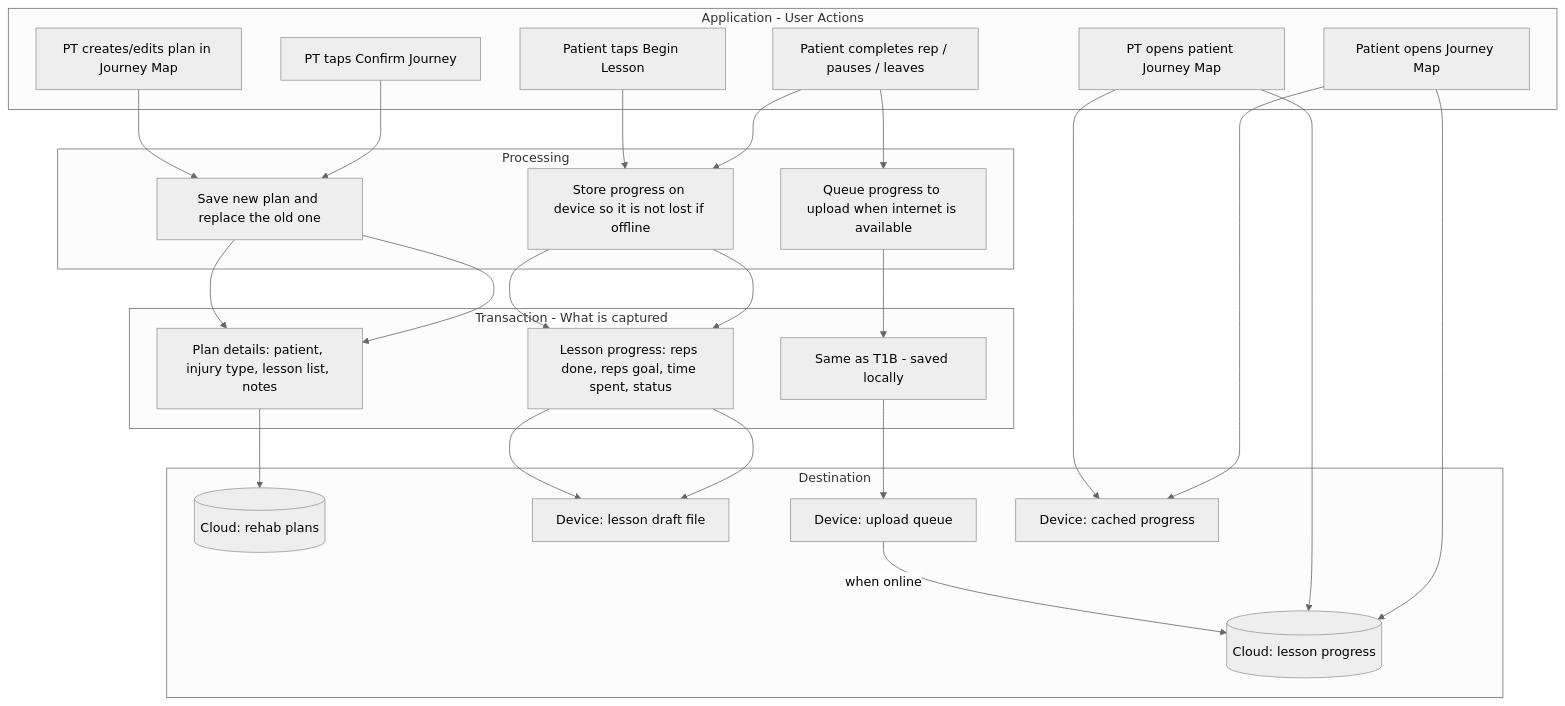
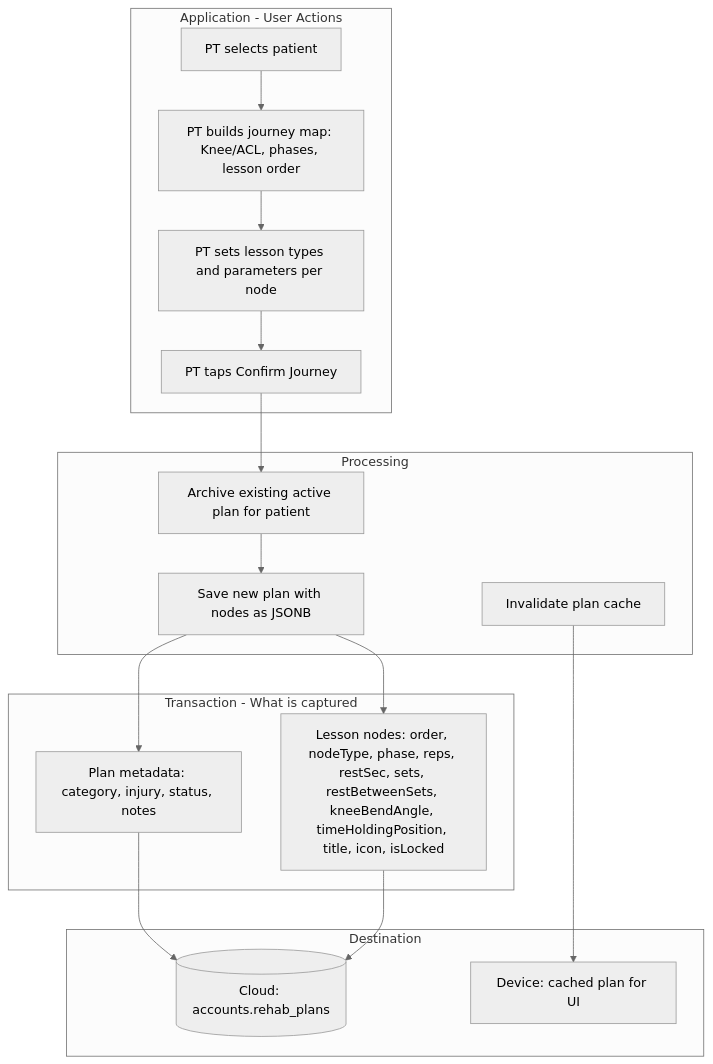
Before and after one commit to seanja5/realrehab-mvp: the first of 6 diagrams in docs/DATA_FLOW.md, drawn with Mermaid (neutral theme). The commit also changed other lines of this file and 1 other file, not shown here.

Commit message:
Add calibration, reassessment, and range gained to Lesson Engine module in data flow docs

````diff
--- a/docs/DATA_FLOW.md
+++ b/docs/DATA_FLOW.md
@@ -116,42 +123,32 @@
 ```mermaid
 flowchart TB
-    subgraph app1 [Application - User Actions]
-        A1A[PT creates/edits plan in Journey Map]
-        A1B[PT taps Confirm Journey]
-        A1C[Patient taps Begin Lesson]
-        A1D[Patient completes rep / pauses / leaves]
-        A1E[PT opens patient Journey Map]
-        A1F[Patient opens Journey Map]
+    subgraph appB [Application - User Actions]
+        AB1[PT selects patient]
+        AB2[PT builds journey map: Knee/ACL, phases, lesson order]
+        AB3[PT sets lesson types and parameters per node]
+        AB4[PT taps Confirm Journey]
     end
 
-    subgraph proc1 [Processing]
-        P1A[Save new plan and replace the old one]
-        P1B[Store progress on device so it is not lost if offline]
-        P1C[Queue progress to upload when internet is available]
+    subgraph procB [Processing]
+        PB1[Archive existing active plan for patient]
+        PB2[Save new plan with nodes as JSONB]
+        PB3[Invalidate plan cache]
     end
 
-    subgraph tx1 [Transaction - What is captured]
-        T1A[Plan details: patient, injury type, lesson list, notes]
-        T1B[Lesson progress: reps done, reps goal, time spent, status]
-        T1C[Same as T1B - saved locally]
+    subgraph txB [Transaction - What is captured]
+        TB1[Plan metadata: category, injury, status, notes]
+        TB2[Lesson nodes: order, nodeType, phase, reps, restSec, sets, restBetweenSets, kneeBendAngle, timeHoldingPosition, title, icon, isLocked]
     end
 
-    subgraph dest1 [Destination]
-        D1A[(Cloud: rehab plans)]
-        D1B[(Cloud: lesson progress)]
-        D1C[Device: lesson draft file]
-        D1D[Device: upload queue]
-        D1E[Device: cached progress]
+    subgraph destB [Destination]
+        DB1[(Cloud: accounts.rehab_plans)]
+        DB2[Device: cached plan for UI]
     end
 
-    A1A --> P1A --> T1A
-    A1B --> P1A --> T1A --> D1A
-    A1C --> P1B --> T1B --> D1C
-    A1D --> P1B --> T1B --> D1C
-    A1D --> P1C --> T1C --> D1D
-    D1D -->|when online| D1B
-    A1E --> D1B
-    A1E --> D1E
-    A1F --> D1B
-    A1F --> D1E
+    AB1 --> AB2 --> AB3 --> AB4
+    AB4 --> PB1 --> PB2 --> TB1
+    PB2 --> TB2
+    TB1 --> DB1
+    TB2 --> DB1
+    PB3 --> DB2
 ```
````
